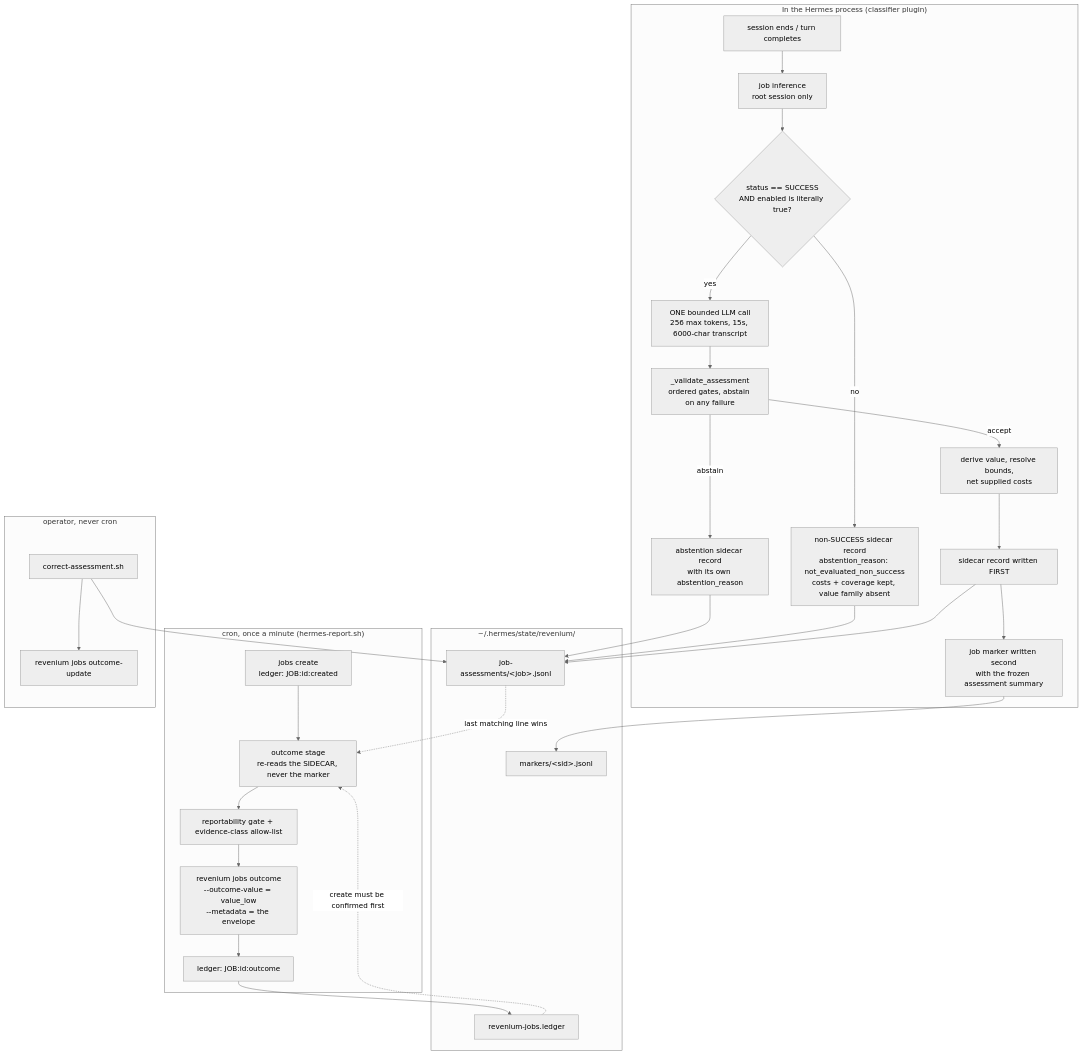
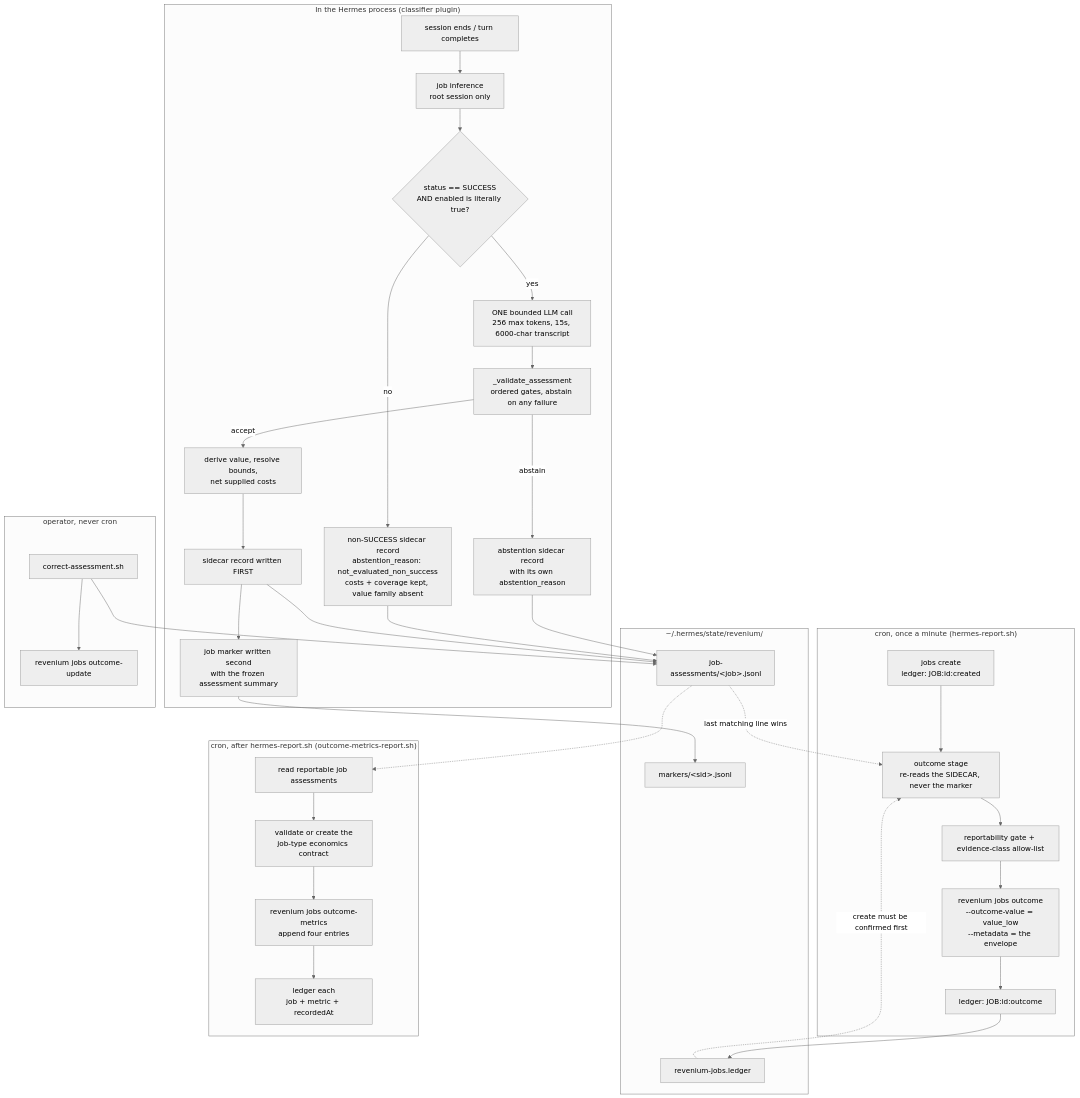
The diagram in docs/value-and-roi.md (revenium/hermes-revenium), drawn with Mermaid (neutral theme) before and after one commit. The commit also changed other lines of this file and 4 other files, not shown here.

Commit message:
docs: document outcome metric reporting (#134)

````diff
--- a/docs/value-and-roi.md
+++ b/docs/value-and-roi.md
@@ -215,41 +215,48 @@
 ```mermaid
 flowchart TB
     subgraph S["In the Hermes process (classifier plugin)"]
         A["session ends / turn completes"] --> B["job inference<br/>root session only"]
         B --> C{"status == SUCCESS<br/>AND enabled is literally true?"}
         C -->|no| N["non-SUCCESS sidecar record<br/>abstention_reason: not_evaluated_non_success<br/>costs + coverage kept, value family absent"]
         C -->|yes| D["ONE bounded LLM call<br/>256 max tokens, 15s, 6000-char transcript"]
         D --> E["_validate_assessment<br/>ordered gates, abstain on any failure"]
         E -->|abstain| F["abstention sidecar record<br/>with its own abstention_reason"]
         E -->|accept| G["derive value, resolve bounds,<br/>net supplied costs"]
         G --> H["sidecar record written FIRST"]
         H --> I["job marker written second<br/>with the frozen assessment summary"]
     end
 
     subgraph ST["~/.hermes/state/revenium/"]
         SC["job-assessments/&lt;job&gt;.jsonl"]
         MK["markers/&lt;sid&gt;.jsonl"]
         JL["revenium-jobs.ledger"]
     end
 
     F --> SC
     N --> SC
     H --> SC
     I --> MK
 
     subgraph C2["cron, once a minute (hermes-report.sh)"]
         J["jobs create<br/>ledger: JOB:id:created"] --> K["outcome stage<br/>re-reads the SIDECAR, never the marker"]
         K --> L["reportability gate + evidence-class allow-list"]
         L --> M["revenium jobs outcome<br/>--outcome-value = value_low<br/>--metadata = the envelope"]
         M --> O["ledger: JOB:id:outcome"]
     end
 
+    subgraph OM["cron, after hermes-report.sh (outcome-metrics-report.sh)"]
+        OM1["read reportable job assessments"] --> OM2["validate or create the<br/>job-type economics contract"]
+        OM2 --> OM3["revenium jobs outcome-metrics<br/>append four entries"]
+        OM3 --> OM4["ledger each<br/>job + metric + recordedAt"]
+    end
+
     SC -.->|last matching line wins| K
     JL -.->|create must be confirmed first| K
     O --> JL
+    SC -.-> OM1
 
     subgraph OP["operator, never cron"]
         P["correct-assessment.sh"] --> SC
         P --> Q["revenium jobs outcome-update"]
     end
 ```
````
